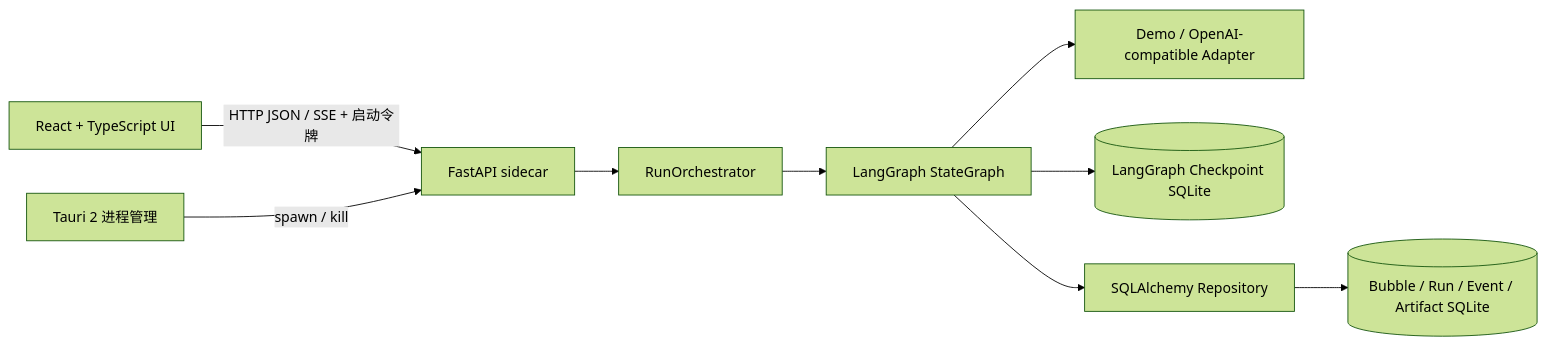
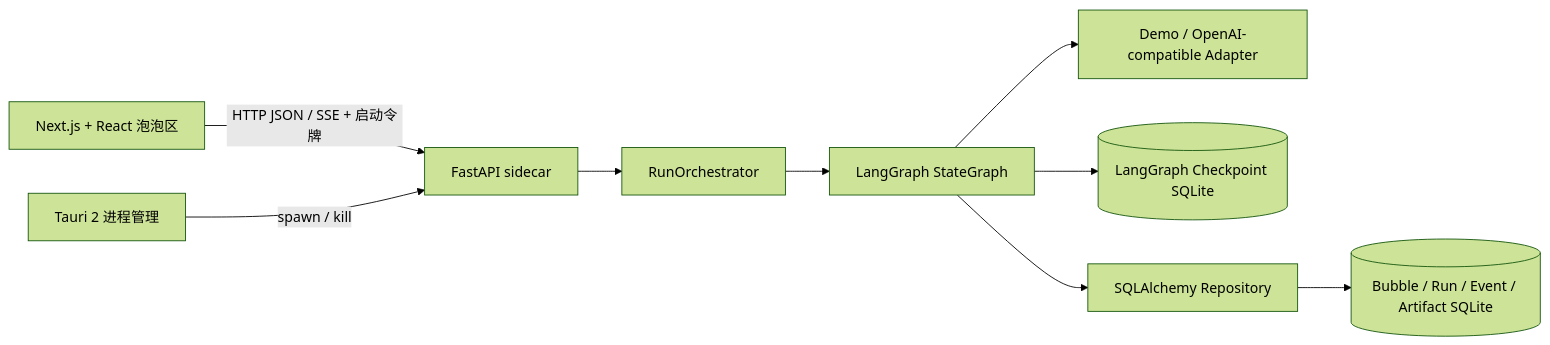
One commit to itoyohane/bubble changed the diagram in README.md. Above: the diagram before and after it, drawn with Mermaid (forest theme). The commit also changed other lines of this file and 25 other files, not shown here.

````diff
--- a/README.md
+++ b/README.md
@@ -21,11 +21,11 @@
 ```mermaid
 flowchart LR
-    UI["React + TypeScript UI"] -->|"HTTP JSON / SSE + 启动令牌"| API["FastAPI sidecar"]
+    UI["Next.js + React 泡泡区"] -->|"HTTP JSON / SSE + 启动令牌"| API["FastAPI sidecar"]
     TAURI["Tauri 2 进程管理"] -->|"spawn / kill"| API
     API --> ORCH["RunOrchestrator"]
     ORCH --> GRAPH["LangGraph StateGraph"]
     GRAPH --> MODEL["Demo / OpenAI-compatible Adapter"]
     GRAPH --> CHECKPOINT[("LangGraph Checkpoint SQLite")]
     GRAPH --> REPO["SQLAlchemy Repository"]
     REPO --> DB[("Bubble / Run / Event / Artifact SQLite")]
 ```
````
